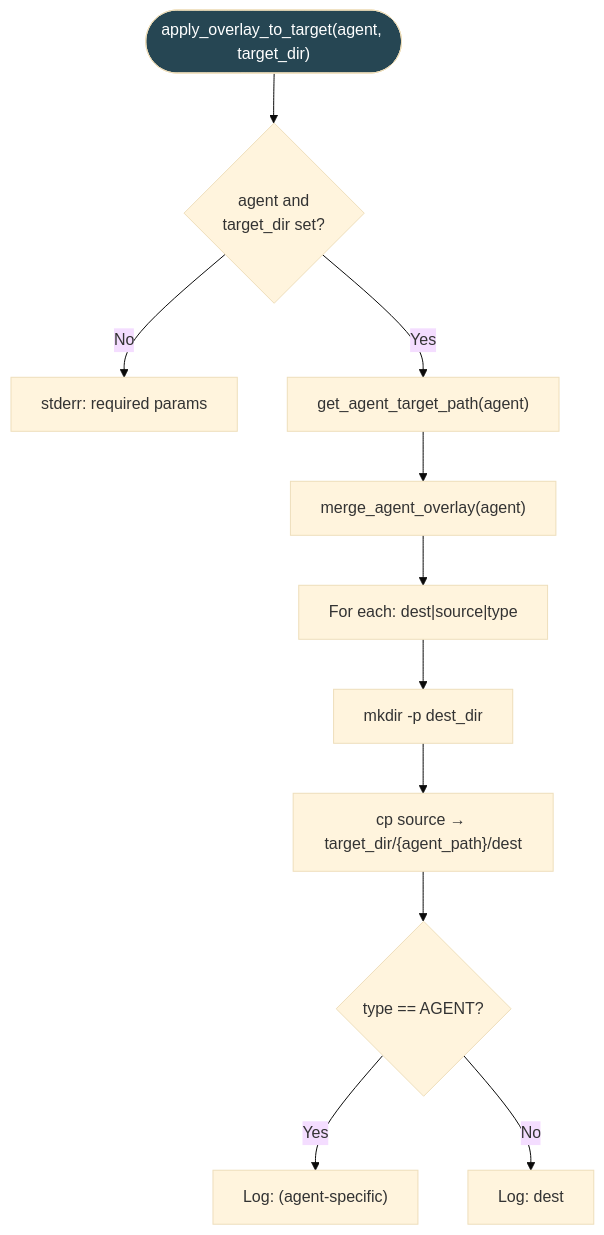
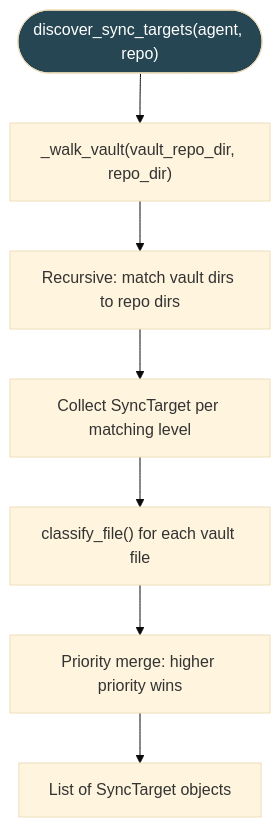
One commit to ElliottBregni/obscura changed the seventh of 16 diagrams in docs/DESIGN-DIAGRAMS.md. Above: the diagram before and after it, drawn with Mermaid (base theme). The commit also changed other lines of this file and 35 other files, not shown here.

````diff
--- a/docs/DESIGN-DIAGRAMS.md
+++ b/docs/DESIGN-DIAGRAMS.md
@@ -403,15 +267,11 @@
 ```mermaid
 flowchart TD
-    AOT(["apply_overlay_to_target(agent, target_dir)"]) --> Validate{agent and<br/>target_dir set?}
-    Validate -->|No| ErrReturn["stderr: required params"]
-    Validate -->|Yes| GetPath["get_agent_target_path(agent)"]
-    GetPath --> CallMerge["merge_agent_overlay(agent)"]
-    CallMerge --> Loop["For each: dest|source|type"]
-    Loop --> MkDir["mkdir -p dest_dir"]
-    MkDir --> Copy["cp source → target_dir/{agent_path}/dest"]
-    Copy --> Log{"type == AGENT?"}
-    Log -->|Yes| LogAgent["Log: (agent-specific)"]
-    Log -->|No| LogNormal["Log: dest"]
+    DST(["discover_sync_targets(agent, repo)"]) --> Walk["_walk_vault(vault_repo_dir, repo_dir)"]
+    Walk --> Recursive["Recursive: match vault dirs to repo dirs"]
+    Recursive --> Collect["Collect SyncTarget per matching level"]
+    Collect --> Classify["classify_file() for each vault file"]
+    Classify --> Priority["Priority merge: higher priority wins"]
+    Priority --> Output["List of SyncTarget objects"]
 
-    style AOT fill:#264653,color:#fff
+    style DST fill:#264653,color:#fff
 ```
````
